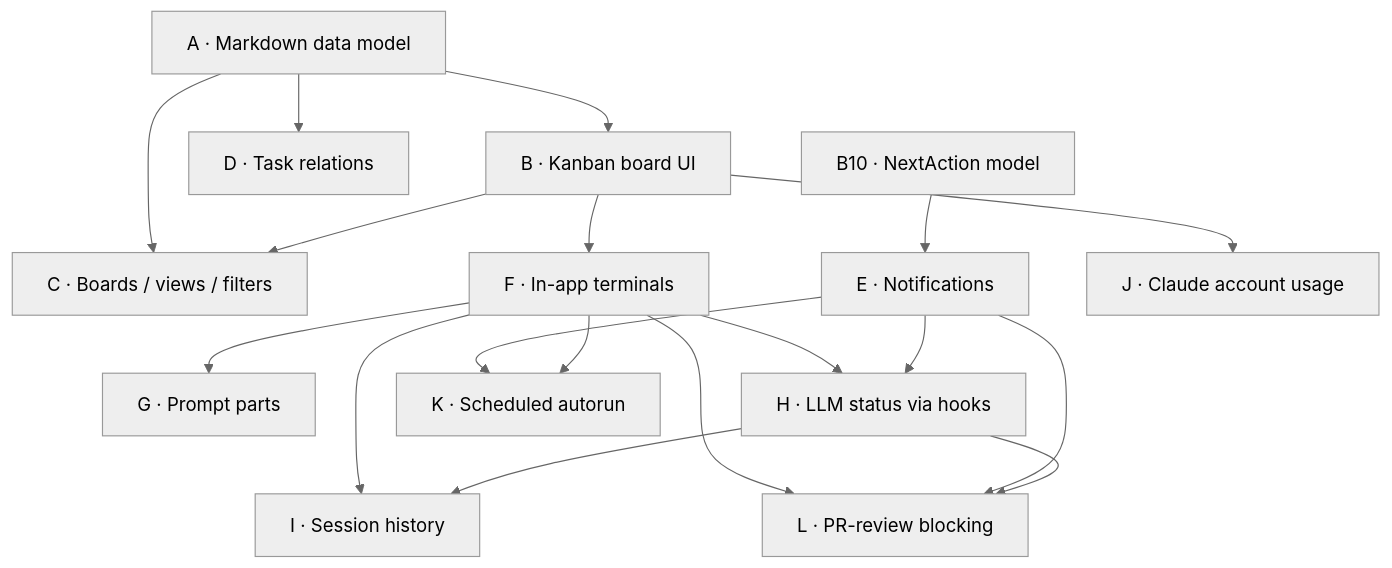
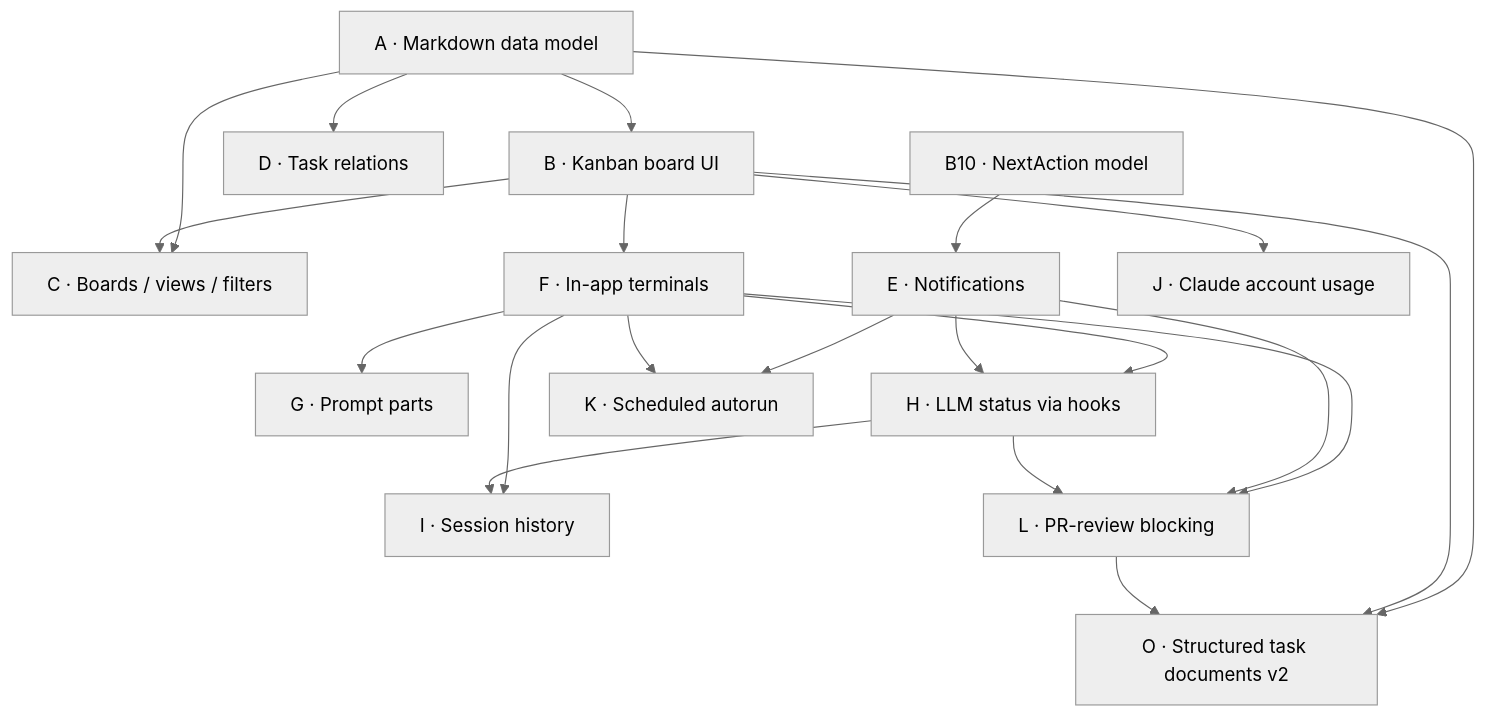
The diagram in DEPENDENCIES.md (vitaliyreznikov/build-your-own-taskman), drawn with Mermaid (neutral theme) before and after one commit. The commit also changed other lines of this file and 9 other files, not shown here.

First line of the commit message:
Epic O: structured task documents (v2) — JSON doc, subgoals with blockers, JSONL side files

````diff
--- a/DEPENDENCIES.md
+++ b/DEPENDENCIES.md
@@ -9,20 +9,23 @@
 ```mermaid
 graph TD
   A[A · Markdown data model] --> B[B · Kanban board UI]
   A --> C[C · Boards / views / filters]
   A --> D[D · Task relations]
   B --> C
   B10[B10 · NextAction model] --> E[E · Notifications]
   B --> F[F · In-app terminals]
   F --> G[G · Prompt parts]
   F --> H[H · LLM status via hooks]
   E --> H
   F --> I[I · Session history]
   H --> I
   B --> J[J · Claude account usage]
   E --> K[K · Scheduled autorun]
   F --> K
   F --> L[L · PR-review blocking]
   E --> L
   H --> L
+  A --> O[O · Structured task documents v2]
+  B --> O
+  L --> O
 ```
````
